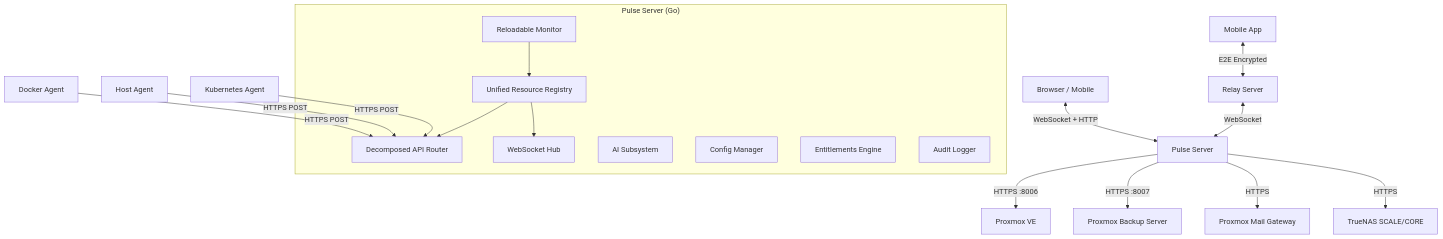
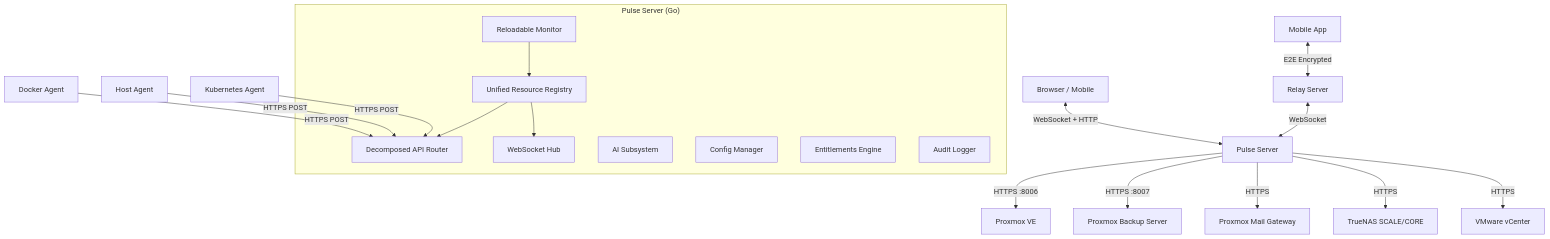
Before and after one commit to rcourtman/Pulse: the diagram in ARCHITECTURE.md, drawn with Mermaid. The commit also changed other lines of this file and 24 other files, not shown here.

````diff
--- a/ARCHITECTURE.md
+++ b/ARCHITECTURE.md
@@ -9,29 +13,30 @@
 ```mermaid
 flowchart TD
     User[Browser / Mobile] <-->|WebSocket + HTTP| Pulse[Pulse Server]
     Mobile[Mobile App] <-->|E2E Encrypted| Relay[Relay Server]
     Relay <-->|WebSocket| Pulse
 
     subgraph "Pulse Server (Go)"
         API[Decomposed API Router]
         WS[WebSocket Hub]
         Monitor[Reloadable Monitor]
         UR[Unified Resource Registry]
         AI[AI Subsystem]
         Config[Config Manager]
         License[Entitlements Engine]
         Audit[Audit Logger]
     end
 
     Pulse -->|HTTPS :8006| PVE[Proxmox VE]
     Pulse -->|HTTPS :8007| PBS[Proxmox Backup Server]
     Pulse -->|HTTPS| PMG[Proxmox Mail Gateway]
     Pulse -->|HTTPS| TrueNAS[TrueNAS SCALE/CORE]
+    Pulse -->|HTTPS| vSphere[VMware vCenter]
     DockerAgent[Docker Agent] -->|HTTPS POST| API
     HostAgent[Host Agent] -->|HTTPS POST| API
     K8sAgent[Kubernetes Agent] -->|HTTPS POST| API
 
     Monitor --> UR
     UR --> WS
     UR --> API
 ```
````
